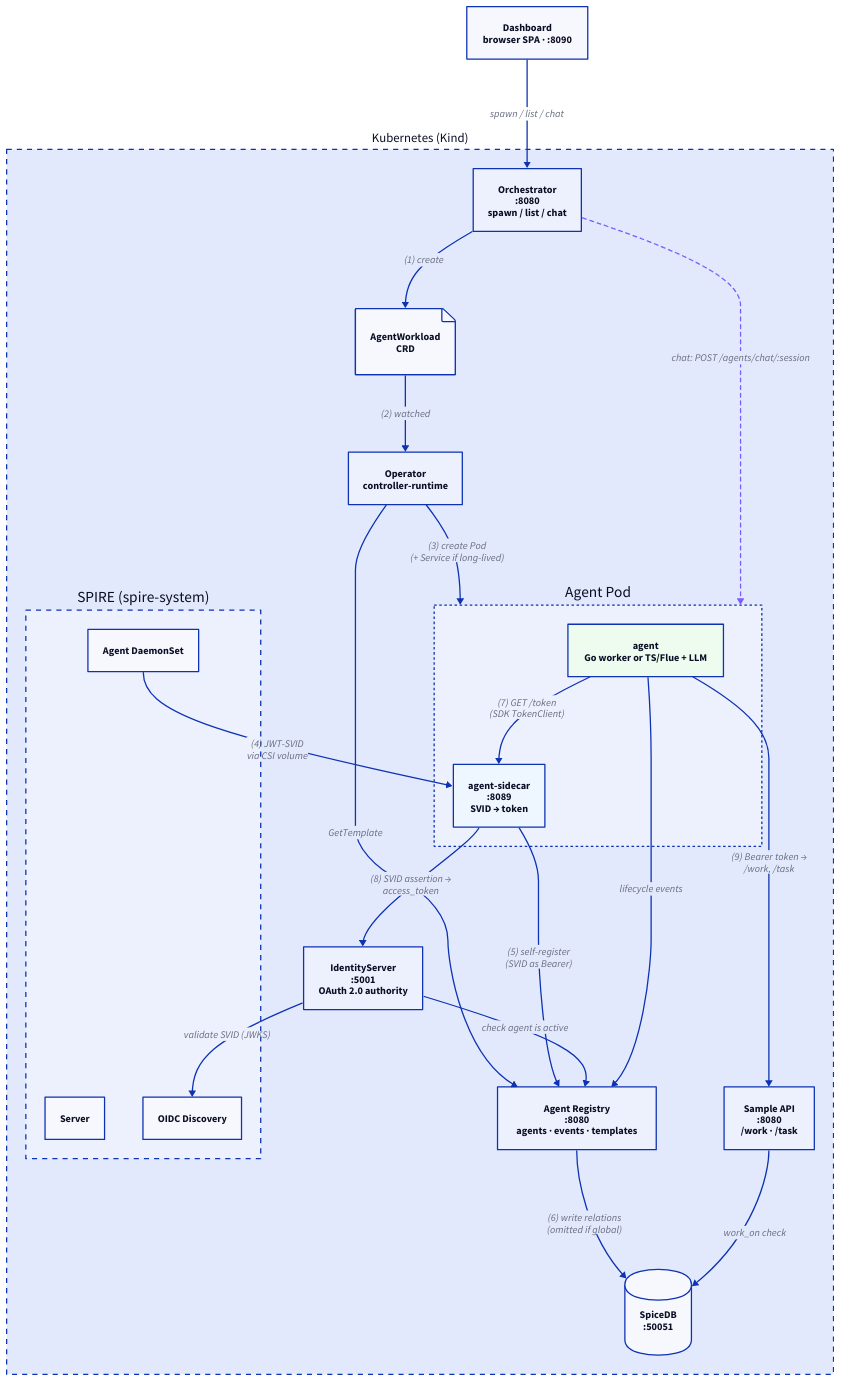
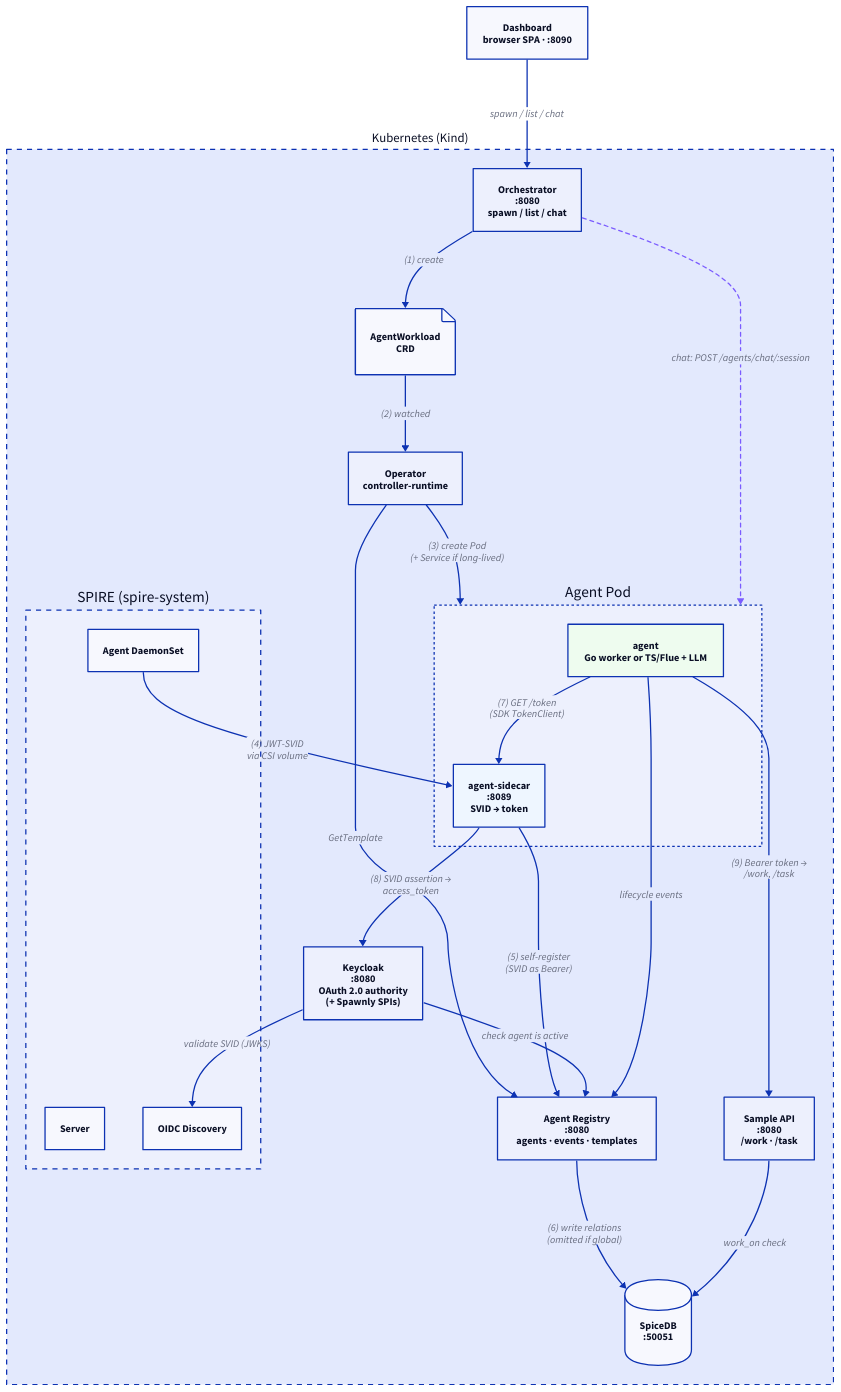
One commit to dbfr3qs/Spawnly changed the diagram in assets/architecture.d2. Above: the diagram before and after it, drawn with D2. The commit also changed 140 other files, not shown here.

First line of the commit message:
Replace IdentityServer with Keycloak (#39)

```diff
--- a/assets/architecture.d2
+++ b/assets/architecture.d2
@@ -1,89 +1,89 @@
 # Spawnly architecture — source for assets/architecture.svg
 # Regenerate with:  d2 assets/architecture.d2 assets/architecture.svg
 #
 # Points this diagram gets right (the old ASCII one did not):
 #  - The agent-sidecar (not the agent) fetches the JWT-SVID, self-registers the
 #    agent with the Agent Registry, and exchanges the SVID for OAuth tokens. The
 #    agent asks the sidecar for scoped tokens over :8089 via the SDK TokenClient.
-#  - IdentityServer checks the Agent Registry that the agent exists and is active
-#    before it issues an access token.
+#  - Keycloak (with Spawnly's custom SPI providers) checks the Agent Registry
+#    that the agent exists and is active before it issues an access token.
 
 direction: down
 
 dashboard: "Dashboard\nbrowser SPA · :8090" {
   shape: rectangle
 }
 
 k8s: "Kubernetes (Kind)" {
   style.stroke-dash: 4
   style.font-size: 20
 
   orchestrator: "Orchestrator\n:8080\nspawn / list / chat" {
     shape: rectangle
   }
   operator: "Operator\ncontroller-runtime" {
     shape: rectangle
   }
   crd: "AgentWorkload\nCRD" {
     shape: page
   }
   registry: "Agent Registry\n:8080\nagents · events · templates" {
     shape: rectangle
   }
   spicedb: "SpiceDB\n:50051" {
     shape: cylinder
   }
-  idsrv: "IdentityServer\n:5001\nOAuth 2.0 authority" {
+  idsrv: "Keycloak\n:8080\nOAuth 2.0 authority\n(+ Spawnly SPIs)" {
     shape: rectangle
   }
   sampleapi: "Sample API\n:8080\n/work · /task" {
     shape: rectangle
   }
 
   pod: "Agent Pod" {
     style.stroke-dash: 2
     sidecar: "agent-sidecar\n:8089\nSVID → token" {
       shape: rectangle
       style.fill: "#eef6ff"
     }
     agent: "agent\nGo worker  or  TS/Flue + LLM" {
       shape: rectangle
       style.fill: "#eefcef"
     }
   }
 
   spire: "SPIRE (spire-system)" {
     style.stroke-dash: 4
     server: "Server"
     ds: "Agent DaemonSet"
     oidc: "OIDC Discovery"
   }
 
   # ---- control plane: spawn → CRD → pod ----
   orchestrator -> crd: "(1) create"
   crd -> operator: "(2) watched"
   operator -> registry: "GetTemplate"
   operator -> pod: "(3) create Pod\n(+ Service if long-lived)"
 
   # ---- identity & registration: the sidecar owns this ----
   spire.ds -> pod.sidecar: "(4) JWT-SVID\nvia CSI volume"
   pod.sidecar -> registry: "(5) self-register\n(SVID as Bearer)"
   registry -> spicedb: "(6) write relations\n(omitted if global)"
   pod.agent -> pod.sidecar: "(7) GET /token\n(SDK TokenClient)"
   pod.sidecar -> idsrv: "(8) SVID assertion →\naccess_token"
   idsrv -> spire.oidc: "validate SVID (JWKS)"
   idsrv -> registry: "check agent is active"
 
   # ---- agent work ----
   pod.agent -> sampleapi: "(9) Bearer token →\n/work, /task"
   sampleapi -> spicedb: "work_on check"
   pod.agent -> registry: "lifecycle events"
 
   # ---- chat path (long-lived agents only) ----
   orchestrator -> pod: "chat: POST /agents/chat/:session" {
     style.stroke: "#7b5cff"
     style.stroke-dash: 3
   }
 }
 
 dashboard -> k8s.orchestrator: "spawn / list / chat"
```
